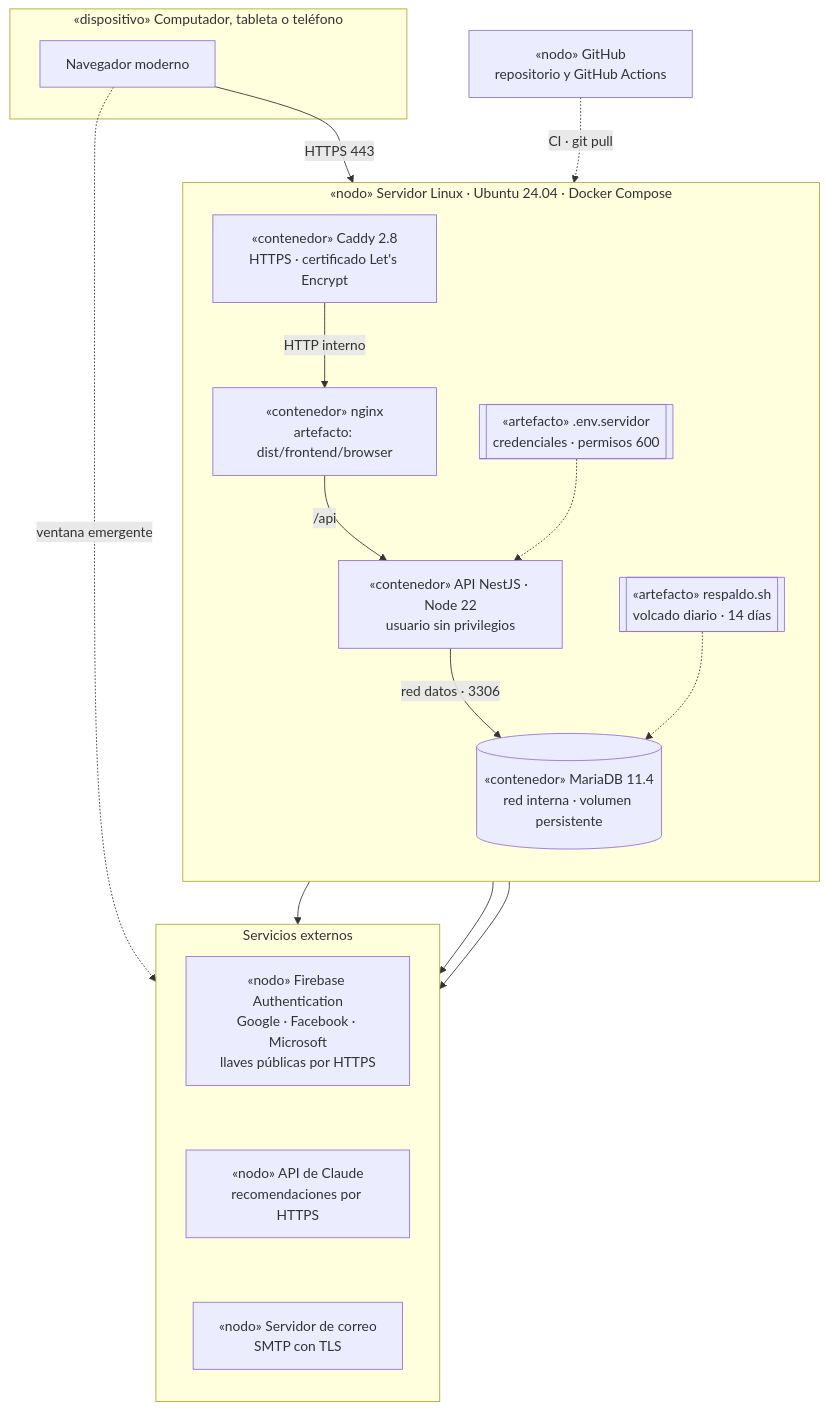
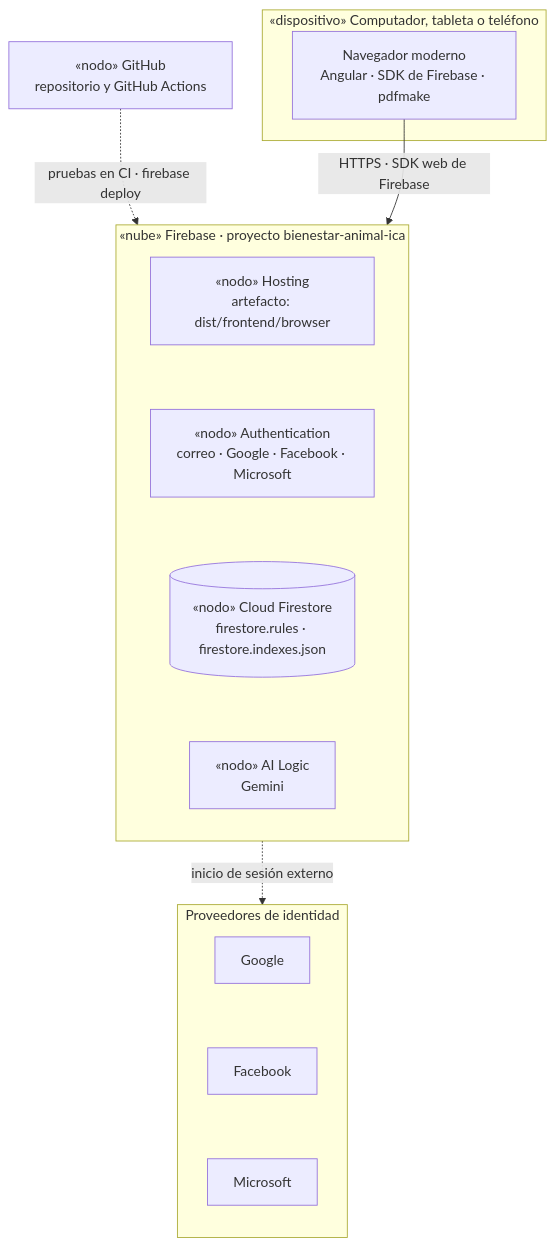
The diagram in docs/uml/fuentes/despliegue.mmd (98765432100123456/Aplicacion-a-la-inteligencia-artificial-), drawn with Mermaid before and after one commit. The commit also changed 135 other files, not shown here.

First line of the commit message:
Retira el servicio NestJS y MariaDB; documentación y pruebas sobre Firebase

```diff
--- a/docs/uml/fuentes/despliegue.mmd
+++ b/docs/uml/fuentes/despliegue.mmd
@@ -1,35 +1,27 @@
 flowchart TB
     subgraph CL["«dispositivo» Computador, tableta o teléfono"]
-        NAV[Navegador moderno]
+        NAV[Navegador moderno<br/>Angular · SDK de Firebase · pdfmake]
     end
 
-    subgraph SRV["«nodo» Servidor Linux · Ubuntu 24.04 · Docker Compose"]
+    subgraph FB["«nube» Firebase · proyecto bienestar-animal-ica"]
         direction TB
-        CA["«contenedor» Caddy 2.8<br/>HTTPS · certificado Let's Encrypt"]
-        WEB["«contenedor» nginx<br/>artefacto: dist/frontend/browser"]
-        API["«contenedor» API NestJS · Node 22<br/>usuario sin privilegios"]
-        DB[("«contenedor» MariaDB 11.4<br/>red interna · volumen persistente")]
-        RES[["«artefacto» respaldo.sh<br/>volcado diario · 14 días"]]
-        ENV[["«artefacto» .env.servidor<br/>credenciales · permisos 600"]]
+        HO["«nodo» Hosting<br/>artefacto: dist/frontend/browser"]
+        AU["«nodo» Authentication<br/>correo · Google · Facebook · Microsoft"]
+        FS[("«nodo» Cloud Firestore<br/>firestore.rules · firestore.indexes.json")]
+        IA["«nodo» AI Logic<br/>Gemini"]
+        HO ~~~ AU ~~~ FS ~~~ IA
     end
 
-    subgraph EXT["Servicios externos"]
+    subgraph EXT["Proveedores de identidad"]
         direction TB
-        FB["«nodo» Firebase Authentication<br/>Google · Facebook · Microsoft<br/>llaves públicas por HTTPS"]
-        CLA["«nodo» API de Claude<br/>recomendaciones por HTTPS"]
-        SMTP["«nodo» Servidor de correo<br/>SMTP con TLS"]
-        FB ~~~ CLA ~~~ SMTP
+        G["Google"]
+        FBK["Facebook"]
+        MS["Microsoft"]
+        G ~~~ FBK ~~~ MS
     end
+
     GH["«nodo» GitHub<br/>repositorio y GitHub Actions"]
 
-    NAV -- "HTTPS 443" --> CA
-    CA -- "HTTP interno" --> WEB
-    WEB -- "/api" --> API
-    API -- "red datos · 3306" --> DB
-    RES -.-> DB
-    ENV -.-> API
-    API --> FB
-    API --> CLA
-    NAV -. "ventana emergente" .-> FB
-    API --> SMTP
-    GH -.->|"CI · git pull"| SRV
+    NAV -- "HTTPS · SDK web de Firebase" --> FB
+    AU -.->|inicio de sesión externo| EXT
+    GH -.->|"pruebas en CI · firebase deploy"| HO
```
